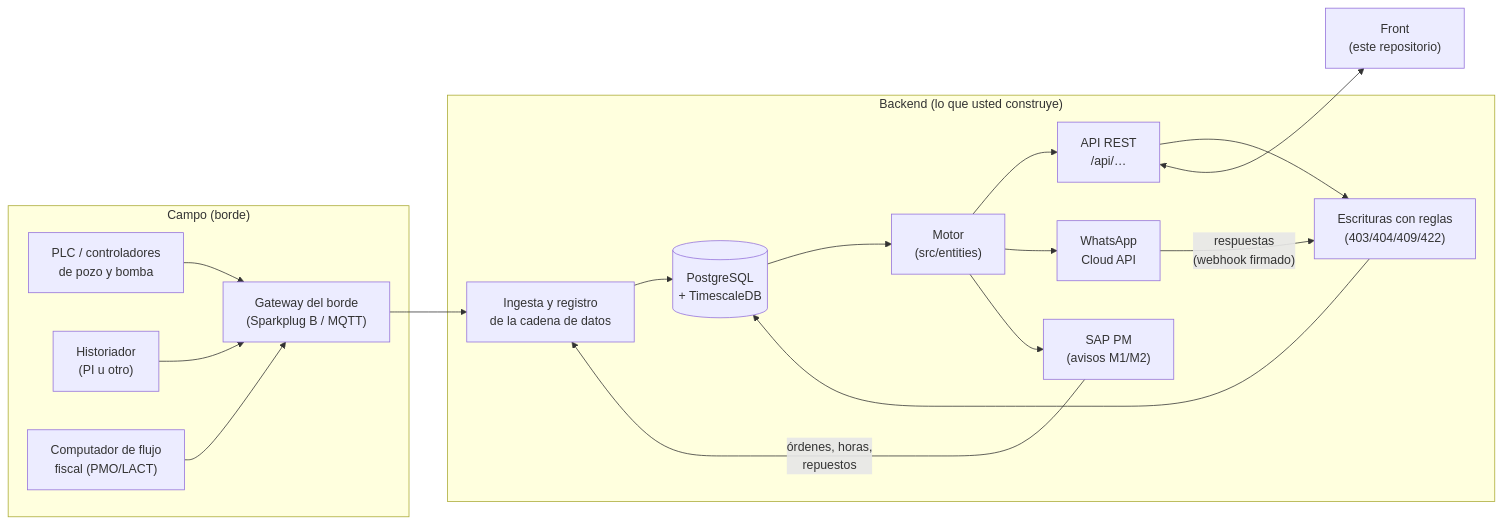
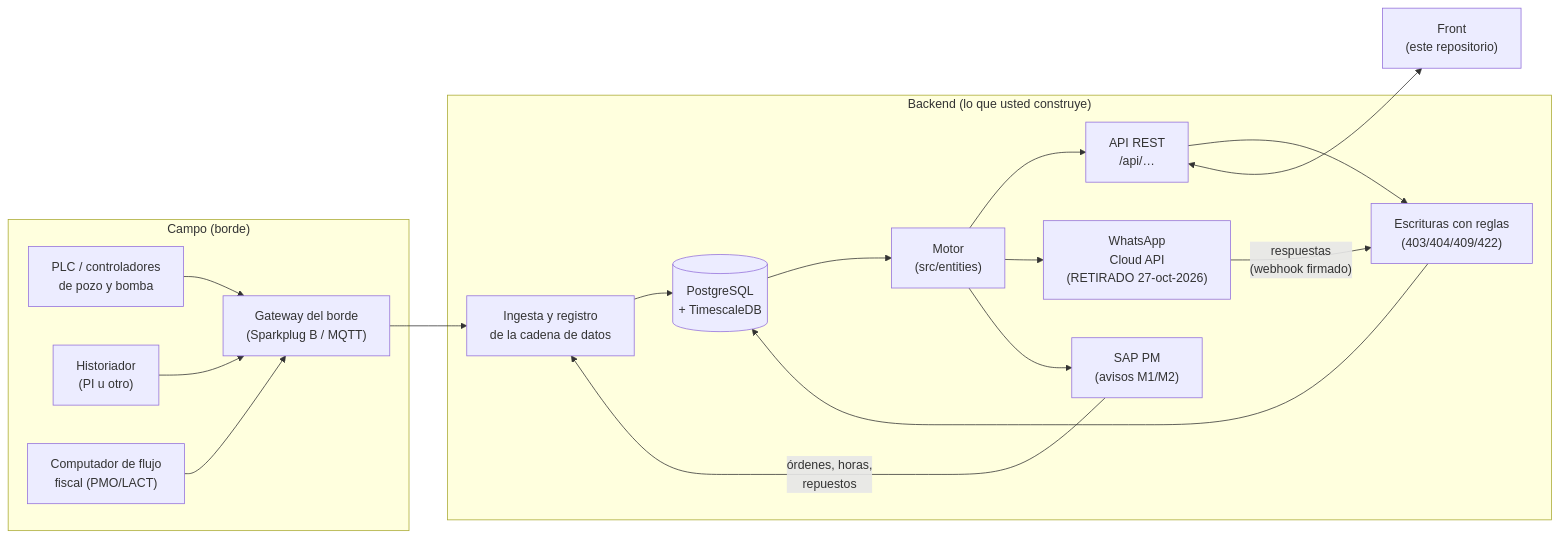
One commit to Hollman18/trim-hidrocarburos changed the diagram in docs/backend/02-arquitectura.md. Above: the diagram before and after it, drawn with Mermaid. The commit also changed other lines of this file and 427 other files, not shown here.

````diff
--- a/docs/backend/02-arquitectura.md
+++ b/docs/backend/02-arquitectura.md
@@ -17,21 +17,21 @@
 ```mermaid
 flowchart LR
   subgraph Campo["Campo (borde)"]
     PLC["PLC / controladores<br/>de pozo y bomba"] --> GW["Gateway del borde<br/>(Sparkplug B / MQTT)"]
     HIS["Historiador<br/>(PI u otro)"] --> GW
     FC["Computador de flujo<br/>fiscal (PMO/LACT)"] --> GW
   end
   subgraph Servidor["Backend (lo que usted construye)"]
     ING["Ingesta y registro<br/>de la cadena de datos"] --> DB[("PostgreSQL<br/>+ TimescaleDB")]
     DB --> MOT["Motor<br/>(src/entities)"]
     MOT --> API["API REST<br/>/api/…"]
     ESC["Escrituras con reglas<br/>(403/404/409/422)"] --> DB
     API --> ESC
-    MOT --> WA["WhatsApp<br/>Cloud API"]
+    MOT --> WA["WhatsApp<br/>Cloud API<br/>(RETIRADO 27-oct-2026)"]
     MOT --> SAP["SAP PM<br/>(avisos M1/M2)"]
   end
   GW --> ING
   SAP -- "órdenes, horas,<br/>repuestos" --> ING
   WA -- "respuestas<br/>(webhook firmado)" --> ESC
   API <--> FRONT["Front<br/>(este repositorio)"]
 ```
````
